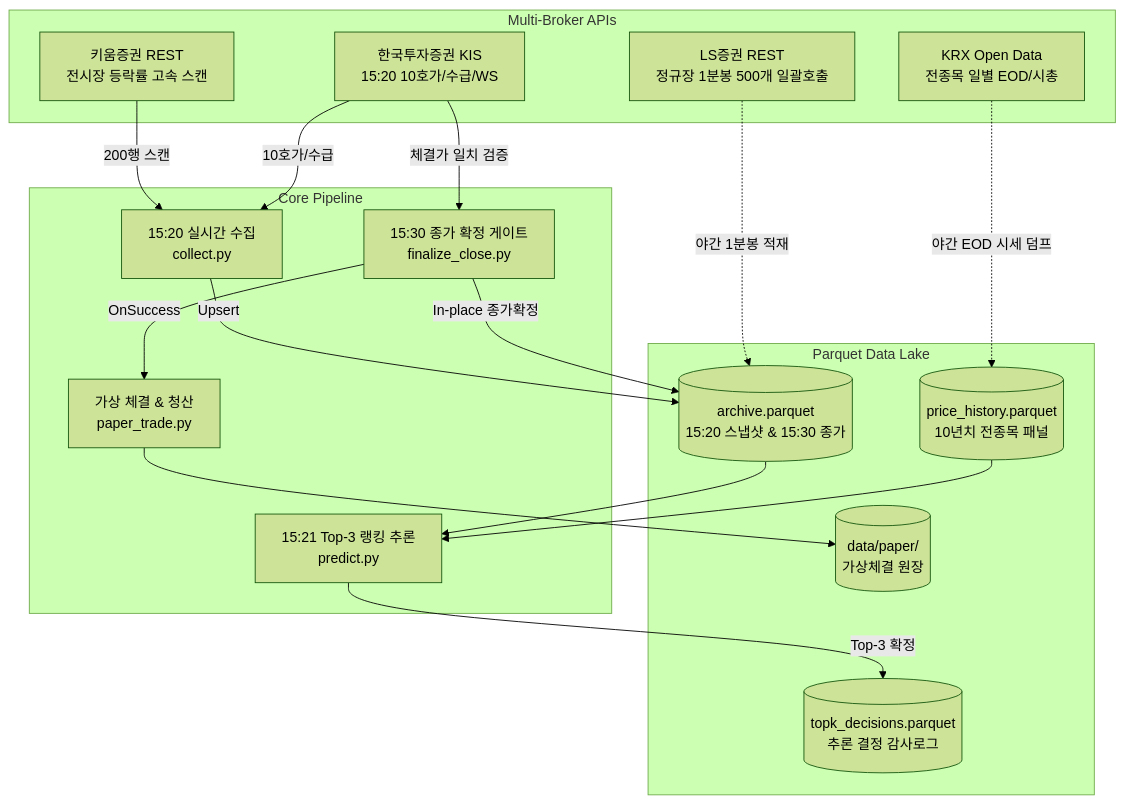
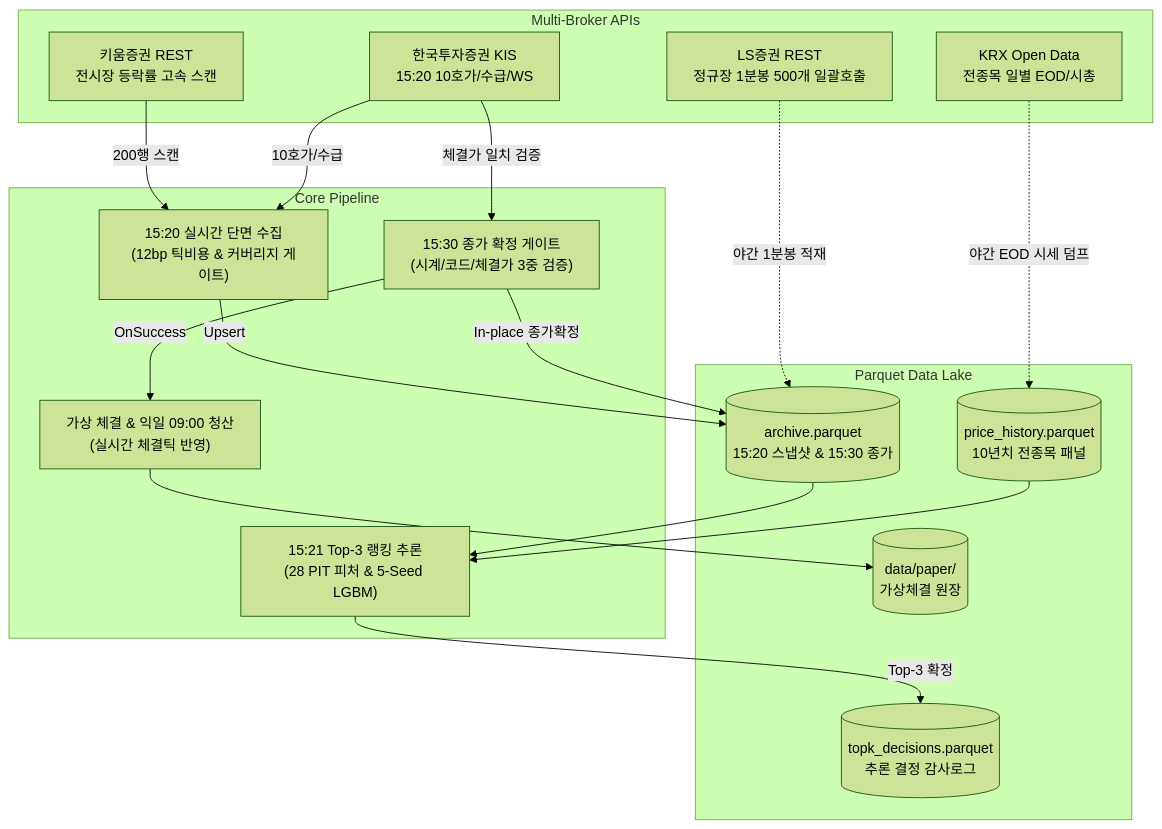
One commit to KTHYEONG/k-closing-alpha changed the diagram in docs/architecture/overview.md. Above: the diagram before and after it, drawn with Mermaid (forest theme). The commit also changed 3 other files, not shown here.

````diff
--- a/docs/architecture/overview.md
+++ b/docs/architecture/overview.md
@@ -18,31 +18,31 @@
 ```mermaid
 flowchart TD
     subgraph Vendors [Multi-Broker APIs]
         V_KRX[KRX Open Data<br/>전종목 일별 EOD/시총]
         V_KIS[한국투자증권 KIS<br/>15:20 10호가/수급/WS]
         V_KW[키움증권 REST<br/>전시장 등락률 고속 스캔]
         V_LS[LS증권 REST<br/>정규장 1분봉 500개 일괄호출]
     end
 
     subgraph Storage [Parquet Data Lake]
         S_ARCH[(archive.parquet<br/>15:20 스냅샷 & 15:30 종가)]
         S_PRICE[(price_history.parquet<br/>10년치 전종목 패널)]
         S_DEC[(topk_decisions.parquet<br/>추론 결정 감사로그)]
         S_PAPER[(data/paper/<br/>가상체결 원장)]
     end
 
     subgraph Core [Core Pipeline]
-        E_COLLECT[15:20 실시간 수집<br/>collect.py]
-        E_PREDICT[15:21 Top-3 랭킹 추론<br/>predict.py]
-        E_FINALIZE[15:30 종가 확정 게이트<br/>finalize_close.py]
-        E_PAPER[가상 체결 & 청산<br/>paper_trade.py]
+        E_COLLECT["15:20 실시간 단면 수집<br/>(12bp 틱비용 & 커버리지 게이트)"]
+        E_PREDICT["15:21 Top-3 랭킹 추론<br/>(28 PIT 피처 & 5-Seed LGBM)"]
+        E_FINALIZE["15:30 종가 확정 게이트<br/>(시계/코드/체결가 3중 검증)"]
+        E_PAPER["가상 체결 & 익일 09:00 청산<br/>(실시간 체결틱 반영)"]
     end
 
     V_KW -->|200행 스캔| E_COLLECT
     V_KIS -->|10호가/수급| E_COLLECT -->|Upsert| S_ARCH
     S_ARCH & S_PRICE --> E_PREDICT -->|Top-3 확정| S_DEC
     V_KIS -->|체결가 일치 검증| E_FINALIZE -->|In-place 종가확정| S_ARCH
     E_FINALIZE -->|OnSuccess| E_PAPER --> S_PAPER
     V_LS -.->|야간 1분봉 적재| S_ARCH
     V_KRX -.->|야간 EOD 시세 덤프| S_PRICE
 ```
````
